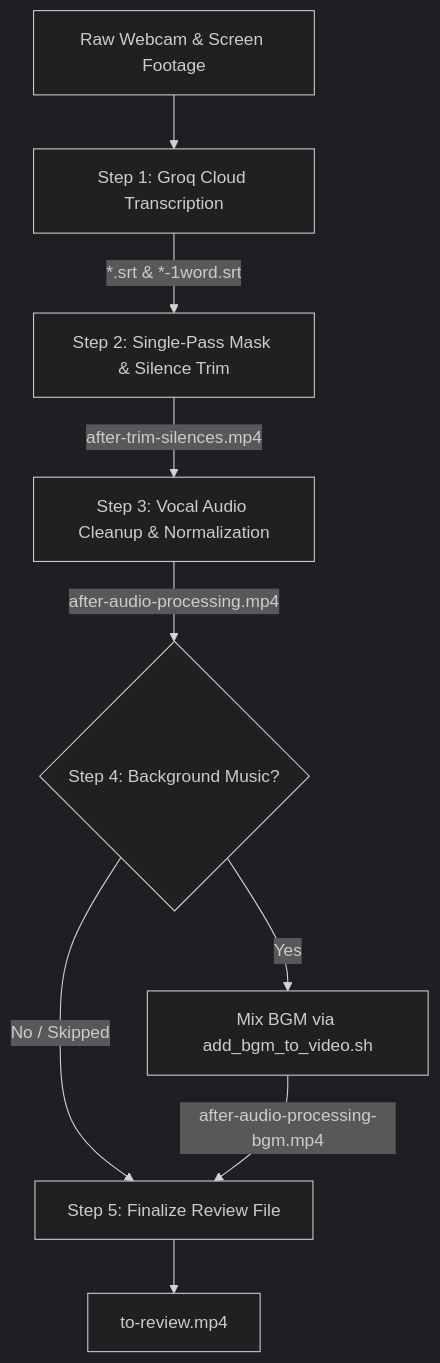
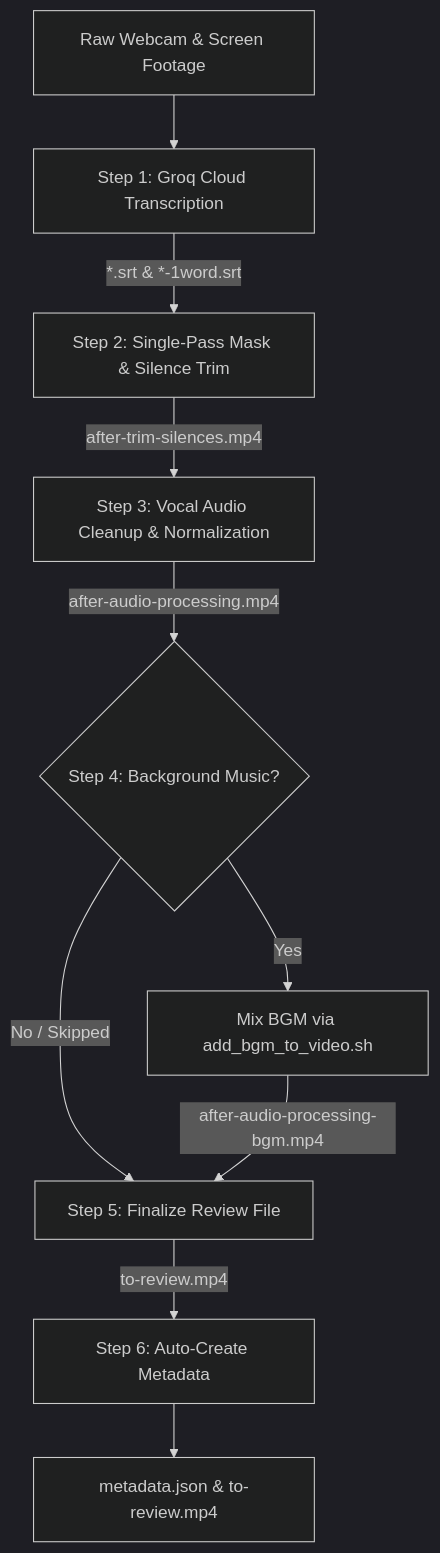
Before and after one commit to hassanaziz0012/phantom-editor: the second of 2 diagrams in docs/pipelines.md, drawn with Mermaid (dark theme). The commit also changed other lines of this file and 2 other files, not shown here.

Commit message:
Add automated metadata generation step to video processing pipeline

````diff
--- a/docs/pipelines.md
+++ b/docs/pipelines.md
@@ -135,11 +135,12 @@
 ```mermaid
 flowchart TD
     Raw[Raw Webcam & Screen Footage] --> Step1[Step 1: Groq Cloud Transcription]
     Step1 -->|*.srt & *-1word.srt| Step2[Step 2: Single-Pass Mask & Silence Trim]
     Step2 -->|after-trim-silences.mp4| Step3[Step 3: Vocal Audio Cleanup & Normalization]
     Step3 -->|after-audio-processing.mp4| Step4{Step 4: Background Music?}
     Step4 -->|Yes| Step4Run[Mix BGM via add_bgm_to_video.sh]
     Step4 -->|No / Skipped| Step5[Step 5: Finalize Review File]
     Step4Run -->|after-audio-processing-bgm.mp4| Step5
-    Step5 --> Output[to-review.mp4]
+    Step5 -->|to-review.mp4| Step6[Step 6: Auto-Create Metadata]
+    Step6 --> Output[metadata.json & to-review.mp4]
 ```
````
